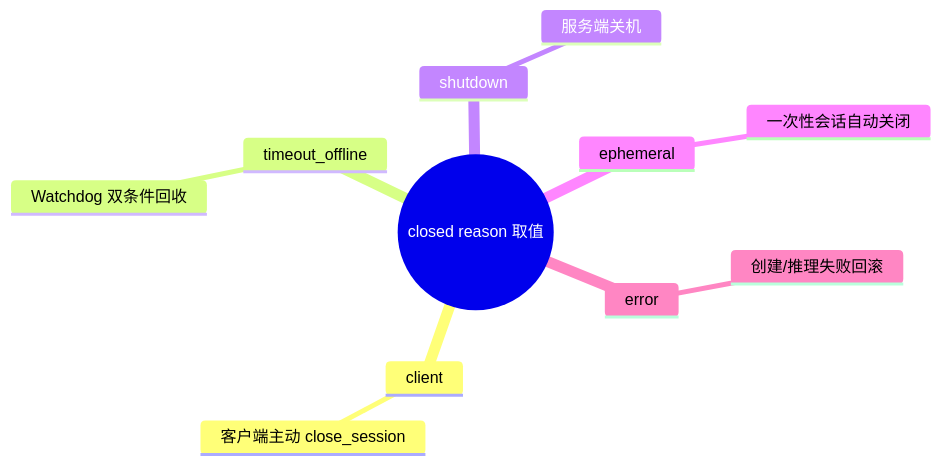
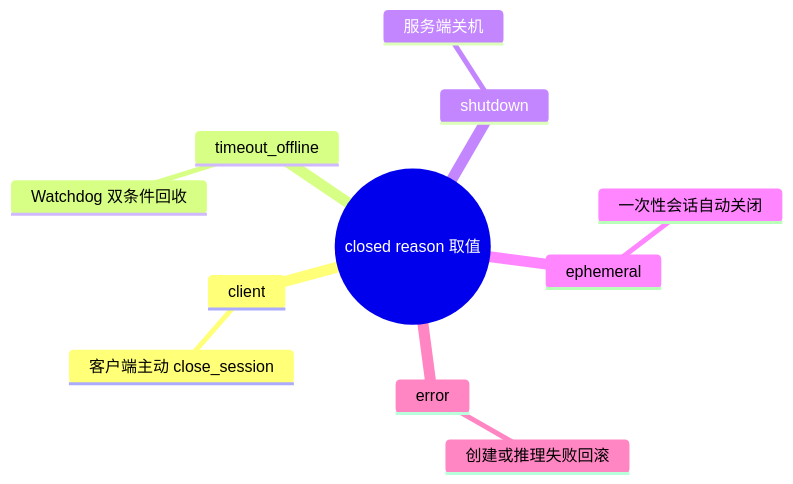
Before and after one commit to PassByYou888/LingoFuse-pasAgent: diagram 19 of 39 in src/llm-service/LingoFuse_LLM_Service_Work_Summary.md, drawn with Mermaid. The commit also changed other lines of this file, not shown here.

````diff
--- a/src/llm-service/LingoFuse_LLM_Service_Work_Summary.md
+++ b/src/llm-service/LingoFuse_LLM_Service_Work_Summary.md
@@ -597,14 +593,14 @@
 ```mermaid
 mindmap
   root(("closed reason 取值"))
     client
       客户端主动 close_session
     timeout_offline
       Watchdog 双条件回收
     shutdown
       服务端关机
     ephemeral
       一次性会话自动关闭
     error
-      创建/推理失败回滚
+      创建或推理失败回滚
 ```
````
